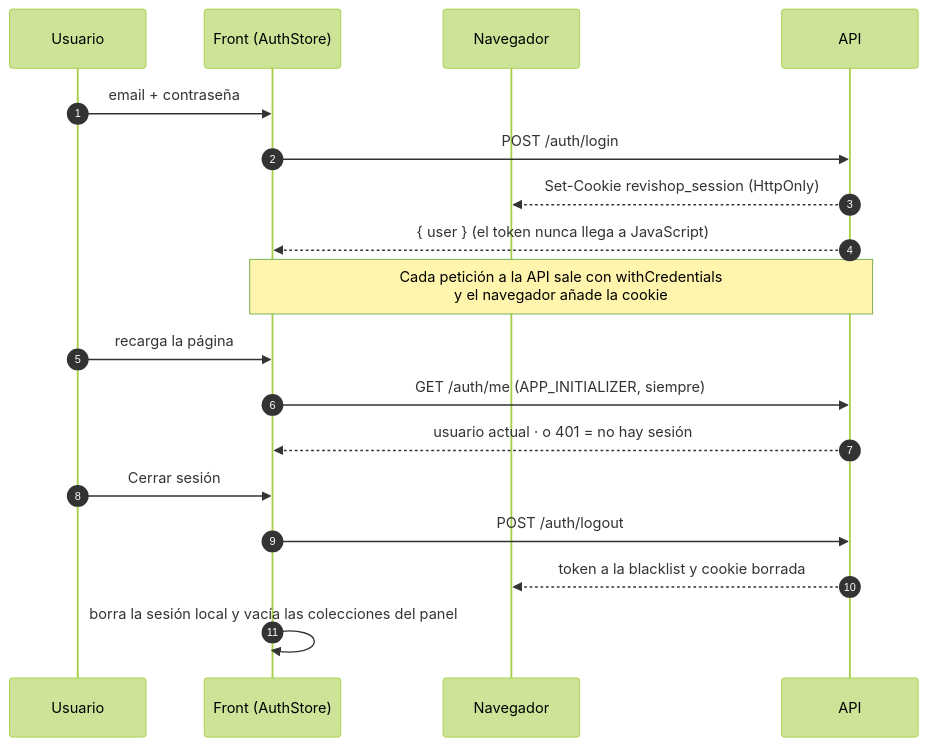
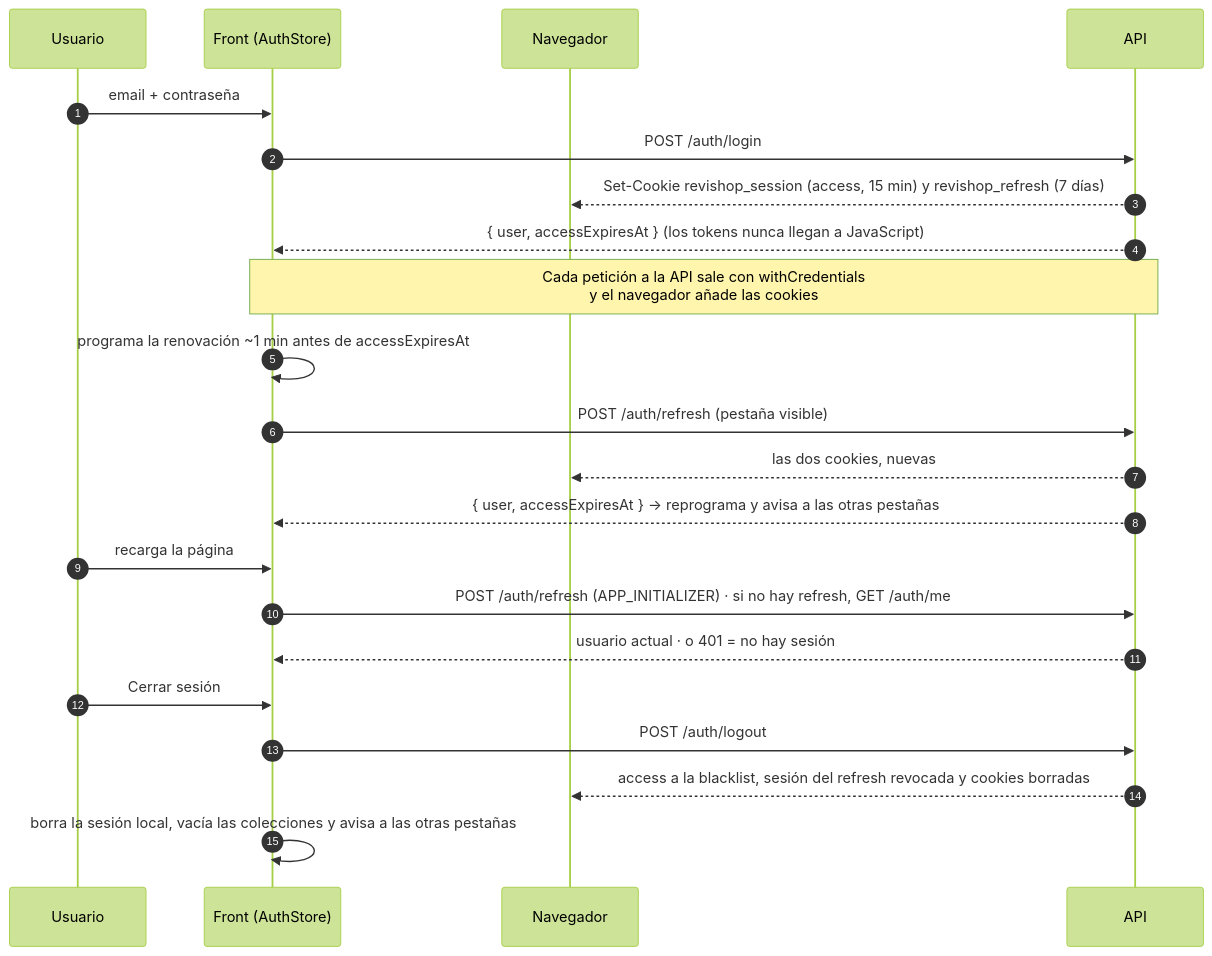
One commit to Yonderus/ReviShop-Tienda-Segunda-Mano changed the diagram in secondhand-front/README.md. Above: the diagram before and after it, drawn with Mermaid (forest theme). The commit also changed other lines of this file and 2 other files, not shown here.

Commit message:
docs: access y refresh token, rotación y renovación automática (R5)

````diff
--- a/secondhand-front/README.md
+++ b/secondhand-front/README.md
@@ -96,20 +96,24 @@
 ```mermaid
 sequenceDiagram
     autonumber
     participant U as Usuario
     participant F as Front (AuthStore)
     participant B as Navegador
     participant A as API
     U->>F: email + contraseña
     F->>A: POST /auth/login
-    A-->>B: Set-Cookie revishop_session (HttpOnly)
-    A-->>F: { user } (el token nunca llega a JavaScript)
-    Note over F,A: Cada petición a la API sale con withCredentials<br/>y el navegador añade la cookie
+    A-->>B: Set-Cookie revishop_session (access, 15 min) y revishop_refresh (7 días)
+    A-->>F: { user, accessExpiresAt } (los tokens nunca llegan a JavaScript)
+    Note over F,A: Cada petición a la API sale con withCredentials<br/>y el navegador añade las cookies
+    F->>F: programa la renovación ~1 min antes de accessExpiresAt
+    F->>A: POST /auth/refresh (pestaña visible)
+    A-->>B: las dos cookies, nuevas
+    A-->>F: { user, accessExpiresAt } → reprograma y avisa a las otras pestañas
     U->>F: recarga la página
-    F->>A: GET /auth/me (APP_INITIALIZER, siempre)
+    F->>A: POST /auth/refresh (APP_INITIALIZER) · si no hay refresh, GET /auth/me
     A-->>F: usuario actual · o 401 = no hay sesión
     U->>F: Cerrar sesión
     F->>A: POST /auth/logout
-    A-->>B: token a la blacklist y cookie borrada
-    F->>F: borra la sesión local y vacía las colecciones del panel
+    A-->>B: access a la blacklist, sesión del refresh revocada y cookies borradas
+    F->>F: borra la sesión local, vacía las colecciones y avisa a las otras pestañas
 ```
````
